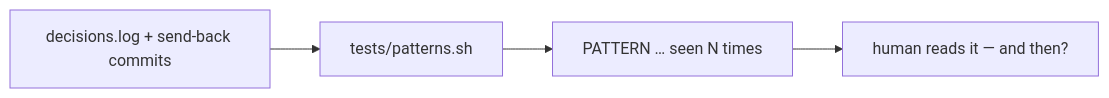
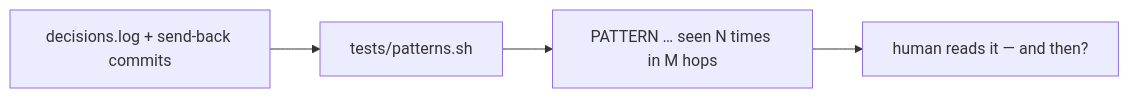
One commit to kadaluarsa/barbaric-driven-development changed the first of 2 diagrams in docs/cascade/05b-t106-lessons.md. Above: the diagram before and after it, drawn with Mermaid. The commit also changed other lines of this file and 4 other files, not shown here.

````diff
--- a/docs/cascade/05b-t106-lessons.md
+++ b/docs/cascade/05b-t106-lessons.md
@@ -37,6 +41,6 @@
 ```mermaid
 flowchart LR
   L["decisions.log + send-back commits"] --> P["tests/patterns.sh"]
-  P --> R["PATTERN … seen N times"]
+  P --> R["PATTERN … seen N times in M hops"]
   R --> H["human reads it — and then?"]
 ```
````
